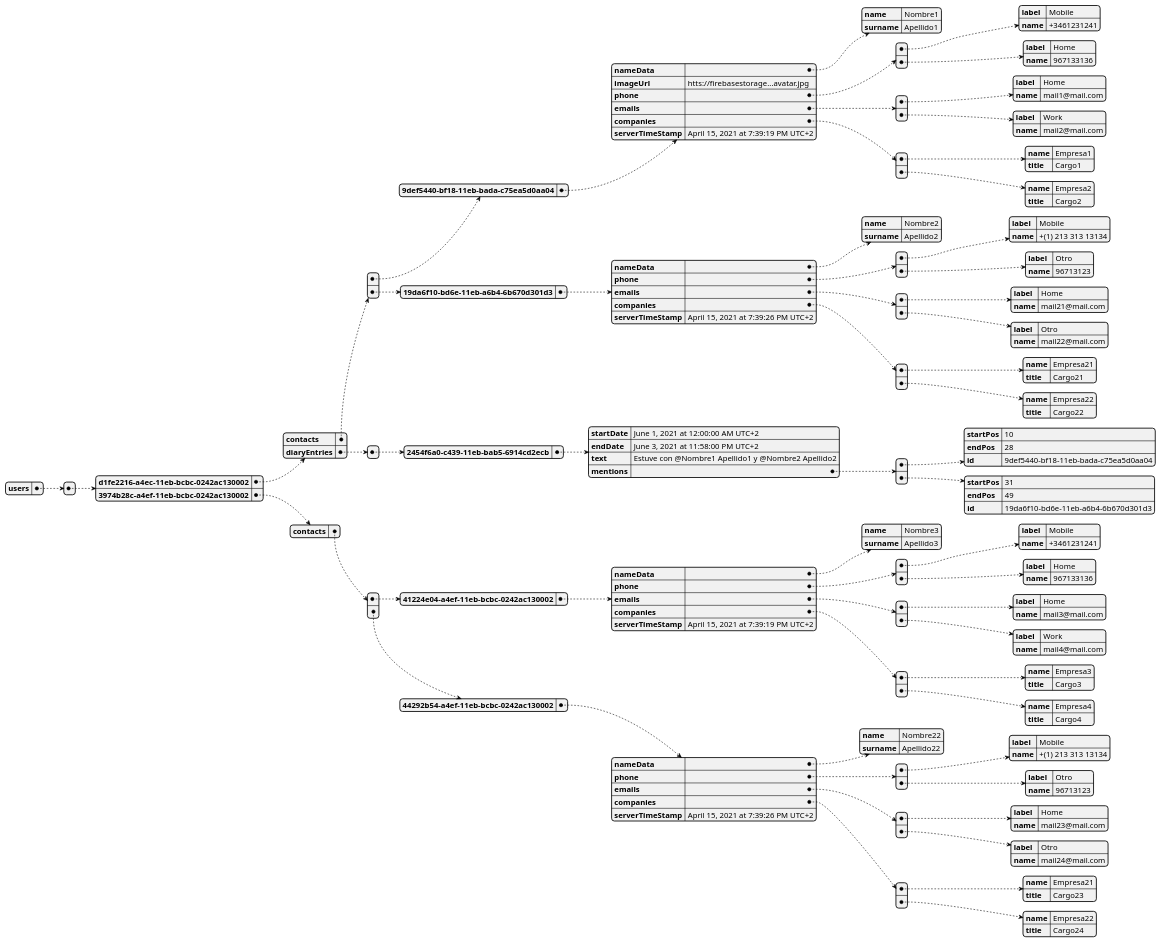
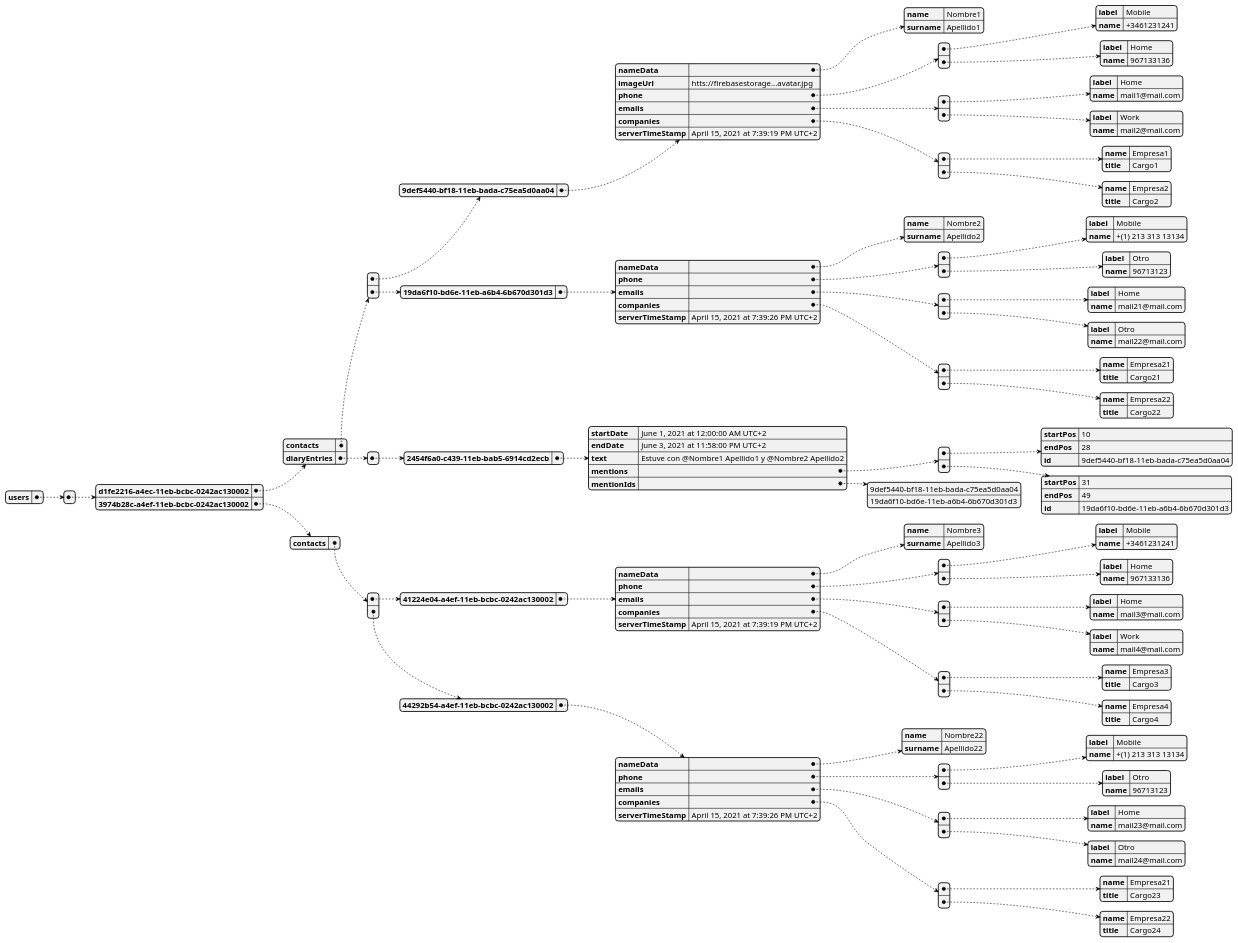
The diagram in plantuml/EjemploBaseDeDatos.puml (Cavitedev/score_contacts), drawn with PlantUML before and after one commit. The commit also changed 2 other files, not shown here.

Commit message:
:memo: Update json graph

```diff
--- a/plantuml/EjemploBaseDeDatos.puml
+++ b/plantuml/EjemploBaseDeDatos.puml
@@ -1,193 +1,195 @@
 @startjson
 {
   "users": [
     {
       "d1fe2216-a4ec-11eb-bcbc-0242ac130002": {
         "contacts": [
           {
             "9def5440-bf18-11eb-bada-c75ea5d0aa04": {
               "nameData": {
                 "name": "Nombre1",
                 "surname": "Apellido1"
               },
               "imageUrl": "htts://firebasestorage...avatar.jpg",
               "phone": [
                 {
                   "label": "Mobile",
                   "name": "+3461231241"
                 },
                 {
                   "label": "Home",
                   "name": "967133136"
                 }
               ],
               "emails": [
                 {
                   "label": "Home",
                   "name": "mail1@mail.com"
                 },
                 {
                   "label": "Work",
                   "name": "mail2@mail.com"
                 }
               ],
               "companies": [
                 {
                   "name": "Empresa1",
                   "title": "Cargo1"
                 },
                 {
                   "name": "Empresa2",
                   "title": "Cargo2"
                 }
               ],
               "serverTimeStamp": "April 15, 2021 at 7:39:19 PM UTC+2"
             }
           },
           {
             "19da6f10-bd6e-11eb-a6b4-6b670d301d3": {
               "nameData": {
                 "name": "Nombre2",
                 "surname": "Apellido2"
               },
               "phone": [
                 {
                   "label": "Mobile",
                   "name": "+(1) 213 313 13134"
                 },
                 {
                   "label": "Otro",
                   "name": "96713123"
                 }
               ],
               "emails": [
                 {
                   "label": "Home",
                   "name": "mail21@mail.com"
                 },
                 {
                   "label": "Otro",
                   "name": "mail22@mail.com"
                 }
               ],
               "companies": [
                 {
                   "name": "Empresa21",
                   "title": "Cargo21"
                 },
                 {
                   "name": "Empresa22",
                   "title": "Cargo22"
                 }
               ],
               "serverTimeStamp": "April 15, 2021 at 7:39:26 PM UTC+2"
             }
           }
         ],
         "diaryEntries": [
-        {
-        "2454f6a0-c439-11eb-bab5-6914cd2ecb": {
-        "startDate": "June 1, 2021 at 12:00:00 AM UTC+2",
-        "endDate": "June 3, 2021 at 11:58:00 PM UTC+2",
-        "text": "Estuve con @Nombre1 Apellido1 y @Nombre2 Apellido2",
-        "mentions": [{
-        "startPos": "10",
-        "endPos": "28",
-        "id": "9def5440-bf18-11eb-bada-c75ea5d0aa04"
-        },
-        {
-        "startPos": "31",
-        "endPos": "49",
-        "id": "19da6f10-bd6e-11eb-a6b4-6b670d301d3"
-        }
-        ]
+          {
+            "2454f6a0-c439-11eb-bab5-6914cd2ecb": {
+              "startDate": "June 1, 2021 at 12:00:00 AM UTC+2",
+              "endDate": "June 3, 2021 at 11:58:00 PM UTC+2",
+              "text": "Estuve con @Nombre1 Apellido1 y @Nombre2 Apellido2",
+              "mentions": [
+                {
+                  "startPos": "10",
+                  "endPos": "28",
+                  "id": "9def5440-bf18-11eb-bada-c75ea5d0aa04"
+                },
+                {
+                  "startPos": "31",
+                  "endPos": "49",
+                  "id": "19da6f10-bd6e-11eb-a6b4-6b670d301d3"
+                }
+              ],
+              "mentionIds": ["9def5440-bf18-11eb-bada-c75ea5d0aa04","19da6f10-bd6e-11eb-a6b4-6b670d301d3"]
             }
-            }
+          }
         ]
       },
       "3974b28c-a4ef-11eb-bcbc-0242ac130002": {
         "contacts": [
           {
             "41224e04-a4ef-11eb-bcbc-0242ac130002": {
               "nameData": {
                 "name": "Nombre3",
                 "surname": "Apellido3"
               },
               "phone": [
                 {
                   "label": "Mobile",
                   "name": "+3461231241"
                 },
                 {
                   "label": "Home",
                   "name": "967133136"
                 }
               ],
               "emails": [
                 {
                   "label": "Home",
                   "name": "mail3@mail.com"
                 },
                 {
                   "label": "Work",
                   "name": "mail4@mail.com"
                 }
               ],
               "companies": [
                 {
                   "name": "Empresa3",
                   "title": "Cargo3"
                 },
                 {
                   "name": "Empresa4",
                   "title": "Cargo4"
                 }
               ],
               "serverTimeStamp": "April 15, 2021 at 7:39:19 PM UTC+2"
             }
           },
           {
             "44292b54-a4ef-11eb-bcbc-0242ac130002": {
               "nameData": {
                 "name": "Nombre22",
                 "surname": "Apellido22"
               },
               "phone": [
                 {
                   "label": "Mobile",
                   "name": "+(1) 213 313 13134"
                 },
                 {
                   "label": "Otro",
                   "name": "96713123"
                 }
               ],
               "emails": [
                 {
                   "label": "Home",
                   "name": "mail23@mail.com"
                 },
                 {
                   "label": "Otro",
                   "name": "mail24@mail.com"
                 }
               ],
               "companies": [
                 {
                   "name": "Empresa21",
                   "title": "Cargo23"
                 },
                 {
                   "name": "Empresa22",
                   "title": "Cargo24"
                 }
               ],
               "serverTimeStamp": "April 15, 2021 at 7:39:26 PM UTC+2"
             }
           }
         ]
       }
     }
   ]
 }
 @endjson
```
